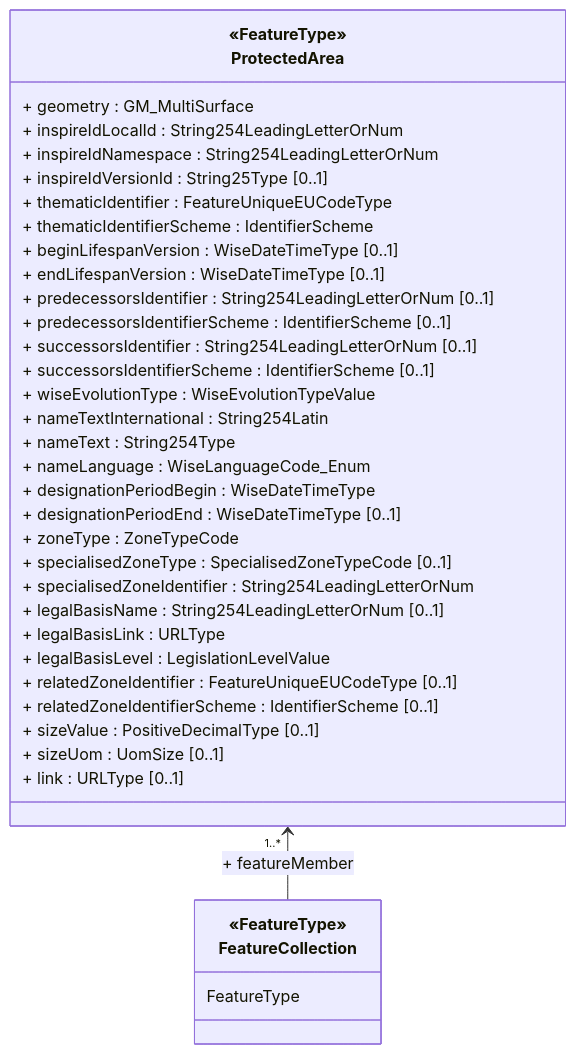
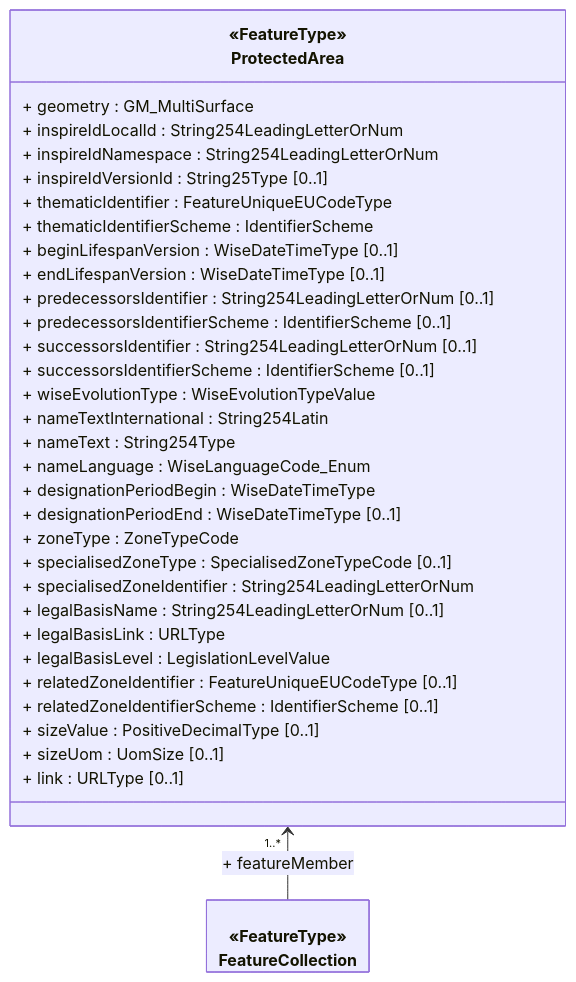
Before and after one commit to eeadata/WISE.WFD.Documentation: the diagram in docs/DataModelReview/mmd/ProtectedAreas_SpatialData_3rdCycle_ClassDiagram.mmd, drawn with Mermaid. The commit also changed 9 other files, not shown here.

```diff
--- a/docs/DataModelReview/mmd/ProtectedAreas_SpatialData_3rdCycle_ClassDiagram.mmd
+++ b/docs/DataModelReview/mmd/ProtectedAreas_SpatialData_3rdCycle_ClassDiagram.mmd
@@ -1,43 +1,48 @@
-%%{init  : {'theme'  : 'default'}}%%
+---
+config:
+  class:
+    hideEmptyMembersBox: true
+  layout: dagre
+  theme: default
+---
 
 classDiagram
     class ProtectedArea["«FeatureType»
     ProtectedArea"]  {
       
         + geometry : GM_MultiSurface
         + inspireIdLocalId : String254LeadingLetterOrNum
         + inspireIdNamespace : String254LeadingLetterOrNum
         + inspireIdVersionId : String25Type [0..1]
         + thematicIdentifier : FeatureUniqueEUCodeType
         + thematicIdentifierScheme : IdentifierScheme
         + beginLifespanVersion : WiseDateTimeType [0..1]
         + endLifespanVersion : WiseDateTimeType [0..1]
         + predecessorsIdentifier : String254LeadingLetterOrNum [0..1]
         + predecessorsIdentifierScheme : IdentifierScheme [0..1]
         + successorsIdentifier : String254LeadingLetterOrNum [0..1]
         + successorsIdentifierScheme : IdentifierScheme [0..1]
         + wiseEvolutionType : WiseEvolutionTypeValue
         + nameTextInternational : String254Latin
         + nameText : String254Type
         + nameLanguage : WiseLanguageCode_Enum
         + designationPeriodBegin : WiseDateTimeType
         + designationPeriodEnd : WiseDateTimeType [0..1]
         + zoneType : ZoneTypeCode
         + specialisedZoneType : SpecialisedZoneTypeCode [0..1]
         + specialisedZoneIdentifier : String254LeadingLetterOrNum
         + legalBasisName : String254LeadingLetterOrNum [0..1]
         + legalBasisLink : URLType
         + legalBasisLevel : LegislationLevelValue
         + relatedZoneIdentifier : FeatureUniqueEUCodeType [0..1]
         + relatedZoneIdentifierScheme : IdentifierScheme [0..1]
         + sizeValue : PositiveDecimalType [0..1]
         + sizeUom : UomSize [0..1]
         + link : URLType [0..1]
     }
     class FeatureCollection ["«FeatureType»
     FeatureCollection"] {
-        FeatureType
     }
    
   
     ProtectedArea "1..*" <-- FeatureCollection  : + featureMember
```
